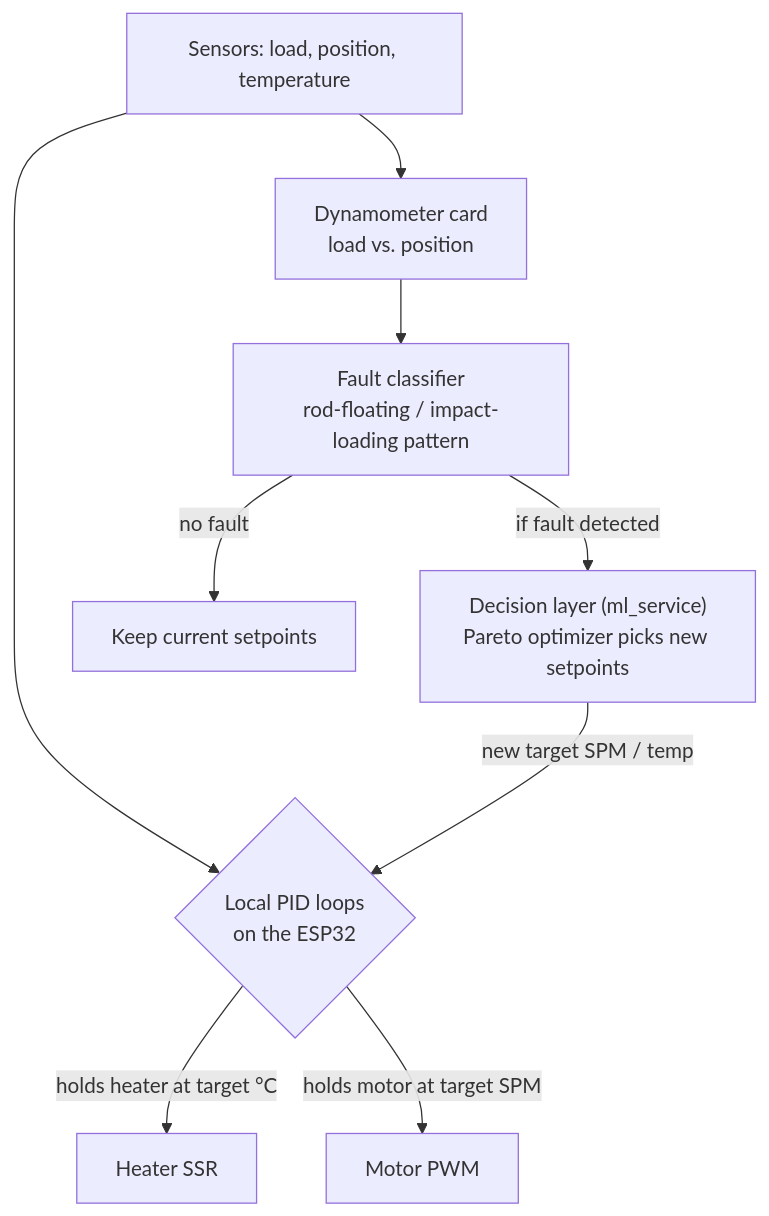
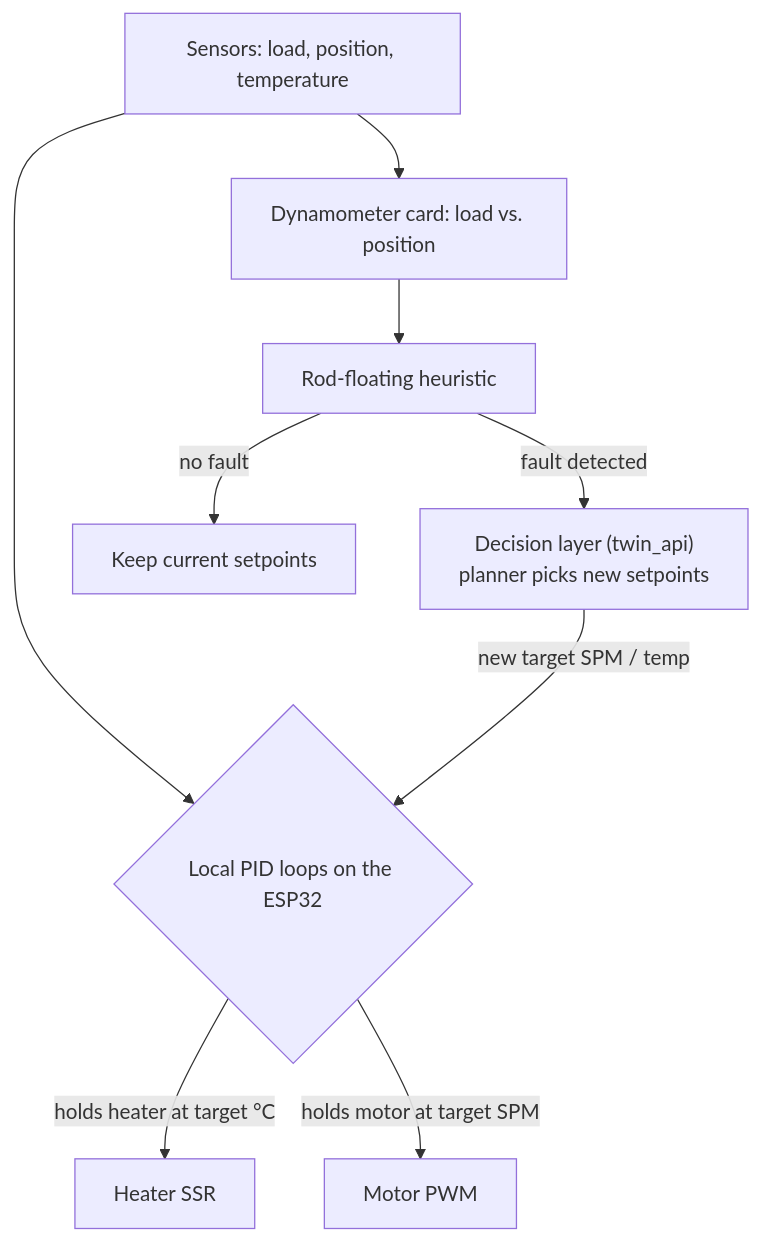
Before and after one commit to TejasKadam001/drava-SIH2026: the second of 2 diagrams in README.md, drawn with Mermaid. The commit also changed other lines of this file and 217 other files, not shown here.

````diff
--- a/README.md
+++ b/README.md
@@ -74,11 +84,11 @@
 ```mermaid
 flowchart TD
-    A["Sensors: load, position, temperature"] --> B{"Local PID loops<br/>on the ESP32"}
+    A["Sensors: load, position, temperature"] --> B{"Local PID loops on the ESP32"}
     B -->|"holds heater at target °C"| C["Heater SSR"]
     B -->|"holds motor at target SPM"| D["Motor PWM"]
-    A --> E["Dynamometer card<br/>load vs. position"]
-    E --> F["Fault classifier<br/>rod-floating / impact-loading pattern"]
-    F -->|"if fault detected"| G["Decision layer (ml_service)<br/>Pareto optimizer picks new setpoints"]
+    A --> E["Dynamometer card: load vs. position"]
+    E --> F["Rod-floating heuristic"]
+    F -->|"fault detected"| G["Decision layer (twin_api)<br/>planner picks new setpoints"]
     G -->|"new target SPM / temp"| B
     F -->|"no fault"| H["Keep current setpoints"]
 ```
````
